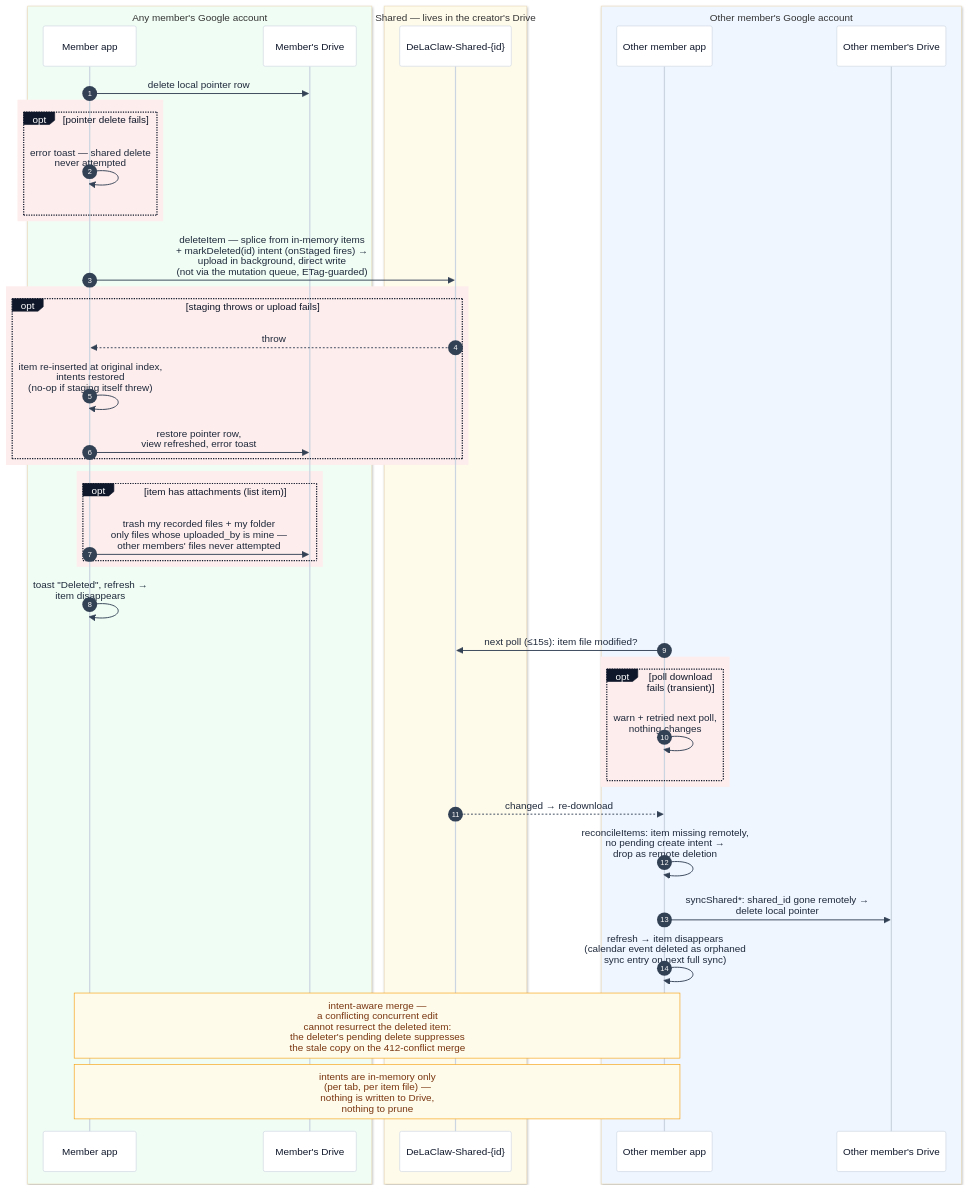
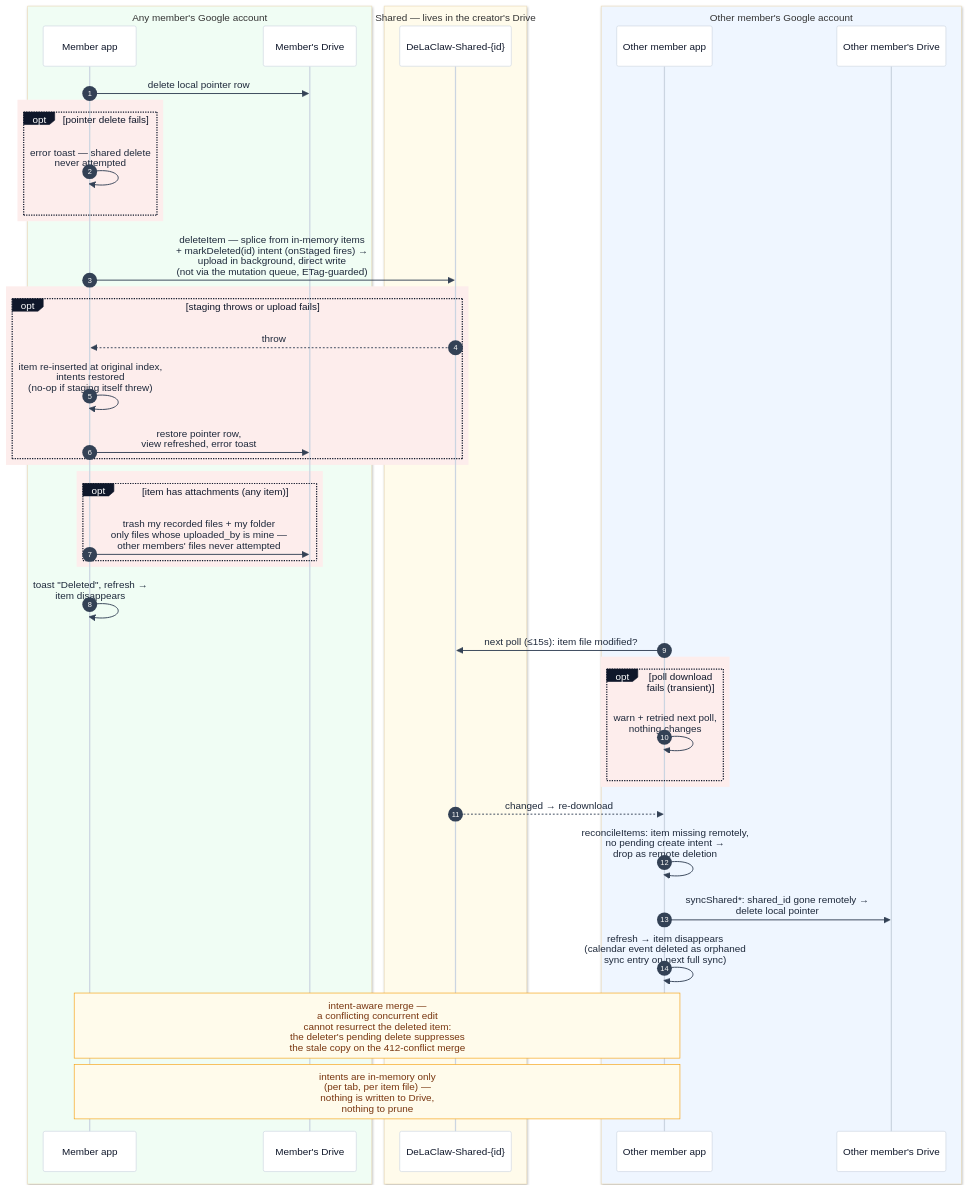
One commit to AntGro/DeLaClaw changed the eighth of 14 diagrams in docs-site/sharing.md. Above: the diagram before and after it, drawn with Mermaid. The commit also changed other lines of this file and 27 other files, not shown here.

````diff
--- a/docs-site/sharing.md
+++ b/docs-site/sharing.md
@@ -396,49 +396,49 @@
 ```mermaid
 %%{init: {'theme': 'base', 'themeVariables': {'background': '#fbfaf8', 'actorBkg': '#ffffff', 'actorBorder': '#cbd5e1', 'actorTextColor': '#0f172a', 'actorLineColor': '#cbd5e1', 'signalColor': '#334155', 'signalTextColor': '#1e293b', 'noteBkgColor': '#fffbeb', 'noteBorderColor': '#f59e0b', 'noteTextColor': '#78350f', 'labelBoxBkgColor': '#0f172a', 'labelBoxBorderColor': '#0f172a', 'labelTextColor': '#ffffff'}}}%%
 sequenceDiagram
     autonumber
     box rgb(240,253,244) Any member's Google account
     participant MA as Member app
     participant MD as Member's Drive
     end
     box rgb(255,251,235) Shared — lives in the creator's Drive
     participant SF as DeLaClaw-Shared-{id}
     end
     box rgb(239,246,255) Other member's Google account
     participant OA as Other member app
     participant OD as Other member's Drive
     end
 
     MA->>MD: delete local pointer row
     rect rgb(253, 237, 236)
     opt pointer delete fails
         MA->>MA: error toast — shared delete<br/>never attempted
     end
     end
     MA->>SF: deleteItem — splice from in-memory items<br/>+ markDeleted(id) intent (onStaged fires) →<br/>upload in background, direct write<br/>(not via the mutation queue, ETag-guarded)
     rect rgb(253, 237, 236)
     opt staging throws or upload fails
         SF-->>MA: throw
         MA->>MA: item re-inserted at original index,<br/>intents restored<br/>(no-op if staging itself threw)
         MA->>MD: restore pointer row,<br/>view refreshed, error toast
     end
     end
     rect rgb(253, 237, 236)
-    opt item has attachments (list item)
+    opt item has attachments (any item)
         MA->>MD: trash my recorded files + my folder<br/>only files whose uploaded_by is mine —<br/>other members' files never attempted
     end
     end
     MA->>MA: toast "Deleted", refresh →<br/>item disappears
     OA->>SF: next poll (≤15s): item file modified?
     rect rgb(253, 237, 236)
     opt poll download fails (transient)
         OA->>OA: warn + retried next poll,<br/>nothing changes
     end
     end
     SF-->>OA: changed → re-download
     OA->>OA: reconcileItems: item missing remotely,<br/>no pending create intent →<br/>drop as remote deletion
     OA->>OD: syncShared*: shared_id gone remotely →<br/>delete local pointer
     OA->>OA: refresh → item disappears<br/>(calendar event deleted as orphaned<br/>sync entry on next full sync)
     Note over MA,OA: intent-aware merge —<br/>a conflicting concurrent edit<br/>cannot resurrect the deleted item:<br/>the deleter's pending delete suppresses<br/>the stale copy on the 412-conflict merge
     Note over MA,OA: intents are in-memory only<br/>(per tab, per item file) —<br/>nothing is written to Drive,<br/>nothing to prune
 ```
````
